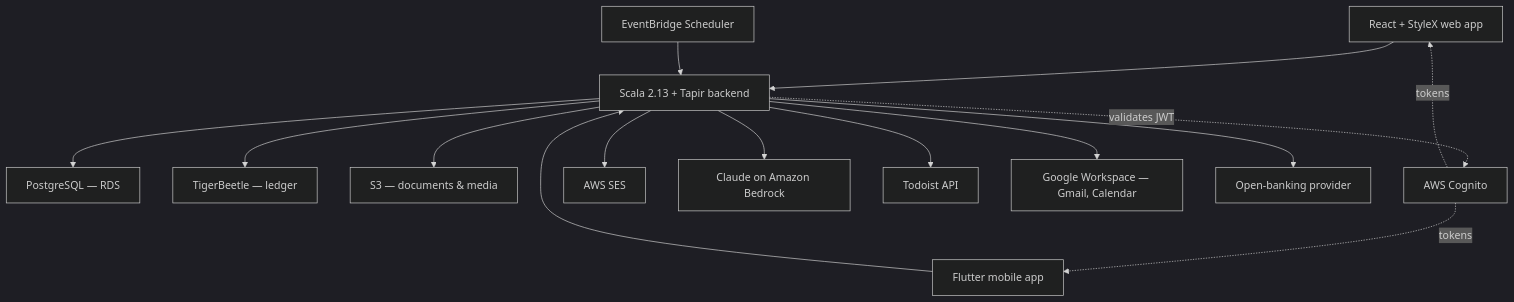
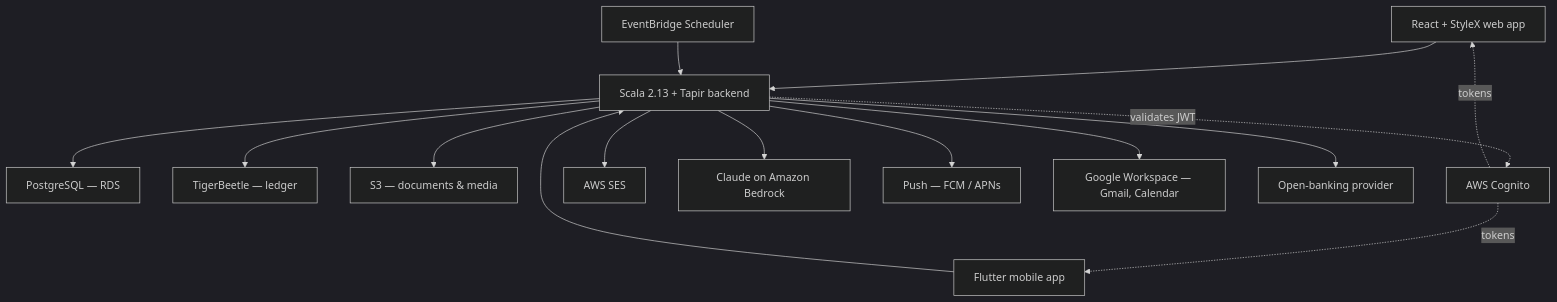
Before and after one commit to alexflav23/kanzen: the third of 3 diagrams in Kanzen-Platform-Spec.md, drawn with Mermaid (dark theme). The commit also changed other lines of this file and 2 other files, not shown here.

````diff
--- a/Kanzen-Platform-Spec.md
+++ b/Kanzen-Platform-Spec.md
@@ -416,17 +417,17 @@
 ```mermaid
 graph TD
     W["React + StyleX web app"] --> API
     M["Flutter mobile app"] --> API
     API["Scala 2.13 + Tapir backend"] --> DB["PostgreSQL — RDS"]
     API --> TB["TigerBeetle — ledger"]
     API --> S3["S3 — documents & media"]
     AUTH["AWS Cognito"] -.tokens.-> W
     AUTH -.tokens.-> M
     API -.validates JWT.-> AUTH
     CRON["EventBridge Scheduler"] --> API
     API --> SES["AWS SES"]
     API --> BR["Claude on Amazon Bedrock"]
-    API --> TD["Todoist API"]
+    API --> PUSH["Push — FCM / APNs"]
     API --> GW["Google Workspace — Gmail, Calendar"]
     API --> BANK["Open-banking provider"]
 ```
````
